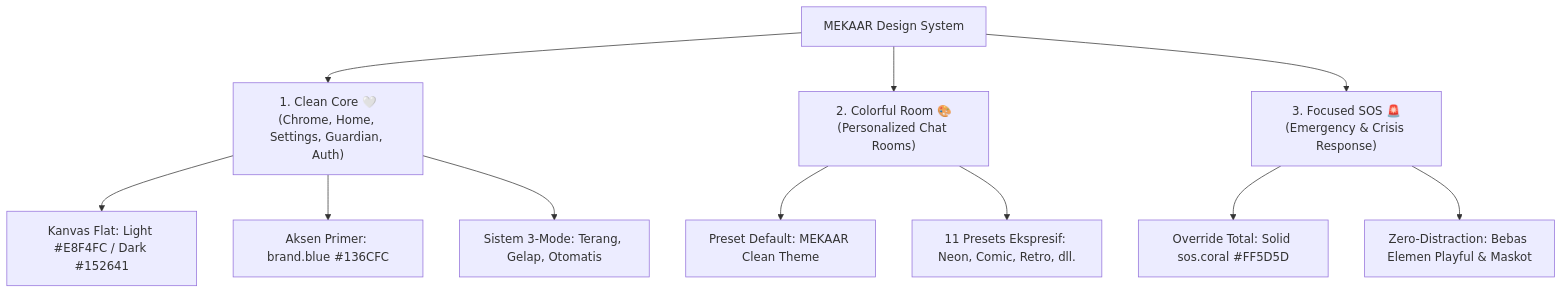
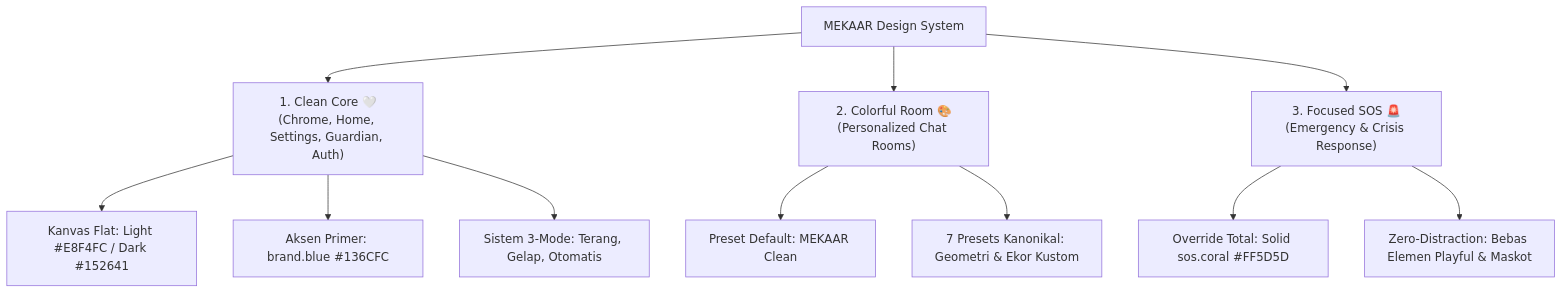
Before and after one commit to tholeteplok/Mekaar_chat: the first of 2 diagrams in README.md, drawn with Mermaid. The commit also changed other lines of this file, not shown here.

Commit message:
docs: align brand identity to MEKAAR 2.0, document Rust Aegis Core, 3-slot vault and 700+ tests

````diff
--- a/README.md
+++ b/README.md
@@ -84,16 +84,16 @@
 ```mermaid
 graph TD
     A["MEKAAR Design System"] --> B["1. Clean Core 🤍<br/>(Chrome, Home, Settings, Guardian, Auth)"]
     A --> C["2. Colorful Room 🎨<br/>(Personalized Chat Rooms)"]
     A --> D["3. Focused SOS 🚨<br/>(Emergency & Crisis Response)"]
     
     B --> B1["Kanvas Flat: Light #E8F4FC / Dark #152641"]
     B --> B2["Aksen Primer: brand.blue #136CFC"]
     B --> B3["Sistem 3-Mode: Terang, Gelap, Otomatis"]
     
-    C --> C1["Preset Default: MEKAAR Clean Theme"]
-    C --> C2["11 Presets Ekspresif: Neon, Comic, Retro, dll."]
+    C --> C1["Preset Default: MEKAAR Clean"]
+    C --> C2["7 Presets Kanonikal: Geometri & Ekor Kustom"]
     
     D --> D1["Override Total: Solid sos.coral #FF5D5D"]
     D --> D2["Zero-Distraction: Bebas Elemen Playful & Maskot"]
 ```
````
